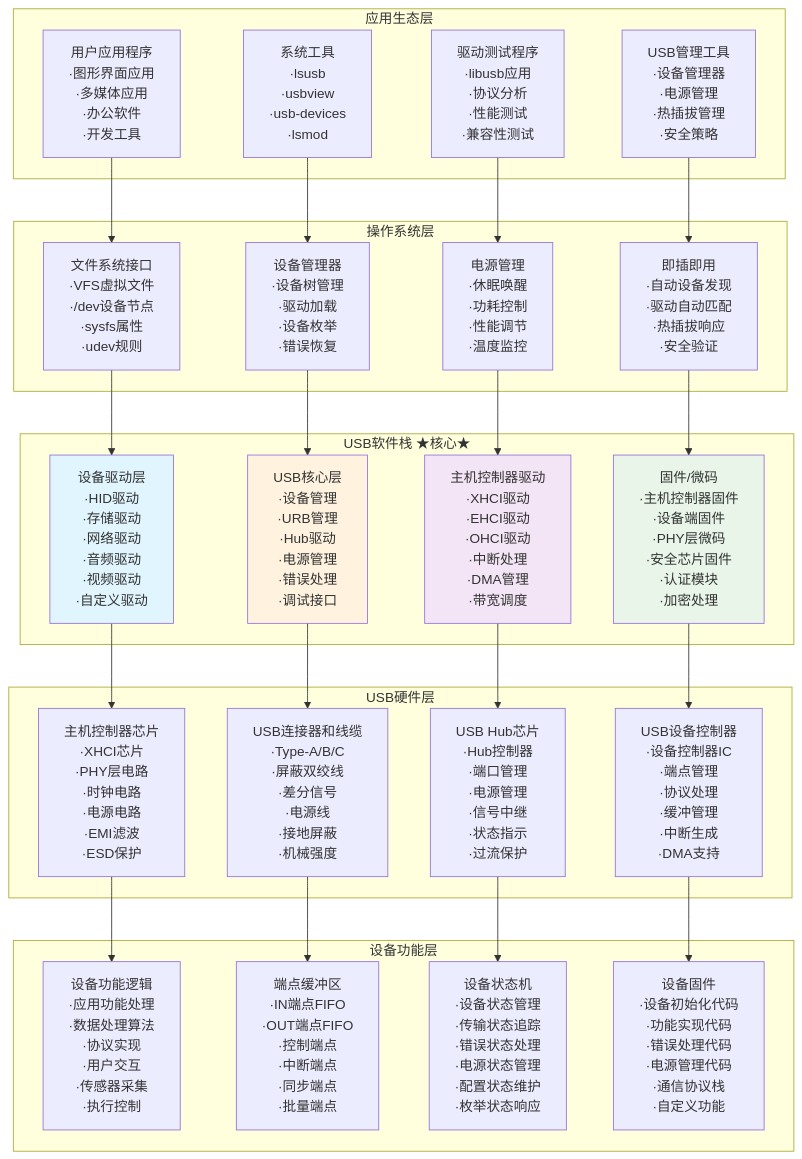
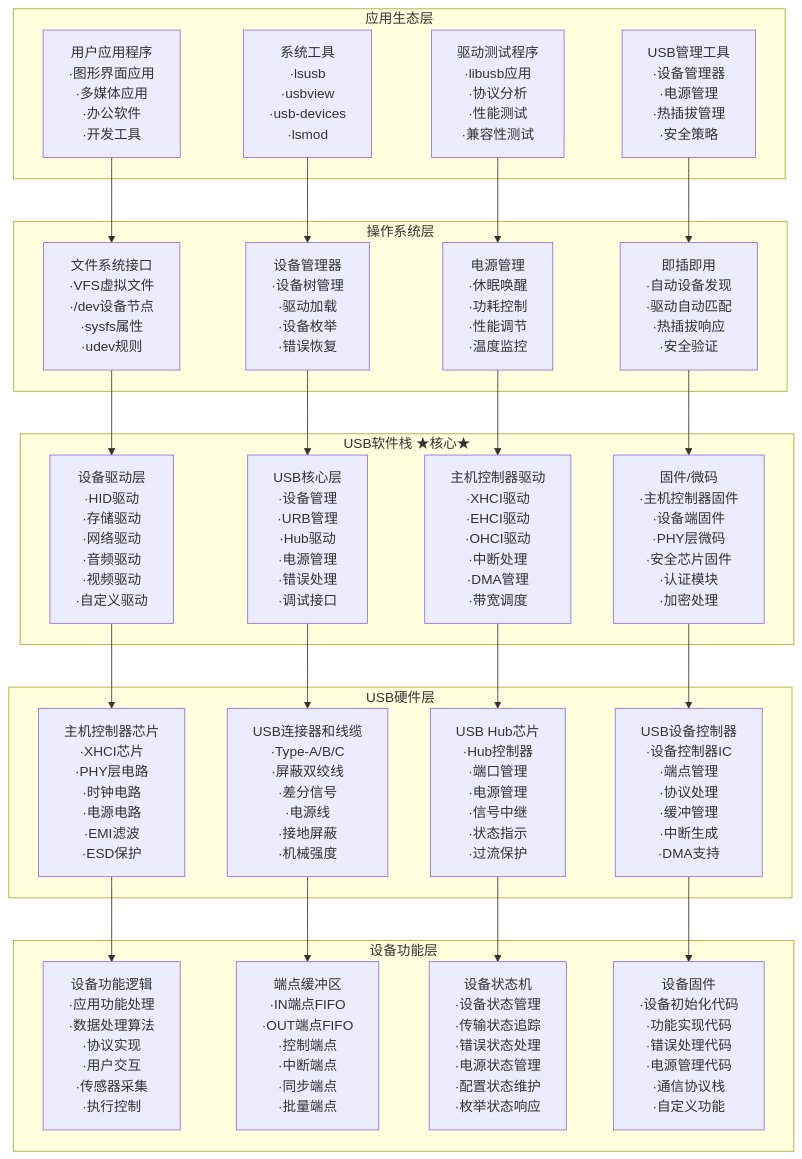
Before and after one commit to TbusOS/usb-learn: the first of 18 diagrams in 09-USB系统框架图解-可视化版.md, drawn with Mermaid. The commit also changed other lines of this file and 1 other file, not shown here.

````diff
--- a/09-USB系统框架图解-可视化版.md
+++ b/09-USB系统框架图解-可视化版.md
@@ -13,64 +13,60 @@
 ```mermaid
 graph TB
     subgraph "应用生态层"
         A1[用户应用程序<br/>·图形界面应用<br/>·多媒体应用<br/>·办公软件<br/>·开发工具]
         A2[系统工具<br/>·lsusb<br/>·usbview<br/>·usb-devices<br/>·lsmod]
         A3[驱动测试程序<br/>·libusb应用<br/>·协议分析<br/>·性能测试<br/>·兼容性测试]
         A4[USB管理工具<br/>·设备管理器<br/>·电源管理<br/>·热插拔管理<br/>·安全策略]
     end
     
     subgraph "操作系统层"
         B1[文件系统接口<br/>·VFS虚拟文件<br/>·/dev设备节点<br/>·sysfs属性<br/>·udev规则]
         B2[设备管理器<br/>·设备树管理<br/>·驱动加载<br/>·设备枚举<br/>·错误恢复]
         B3[电源管理<br/>·休眠唤醒<br/>·功耗控制<br/>·性能调节<br/>·温度监控]
         B4[即插即用<br/>·自动设备发现<br/>·驱动自动匹配<br/>·热插拔响应<br/>·安全验证]
     end
     
     subgraph "USB软件栈 ★核心★"
         C1[设备驱动层<br/>·HID驱动<br/>·存储驱动<br/>·网络驱动<br/>·音频驱动<br/>·视频驱动<br/>·自定义驱动]
         C2[USB核心层<br/>·设备管理<br/>·URB管理<br/>·Hub驱动<br/>·电源管理<br/>·错误处理<br/>·调试接口]
         C3[主机控制器驱动<br/>·XHCI驱动<br/>·EHCI驱动<br/>·OHCI驱动<br/>·中断处理<br/>·DMA管理<br/>·带宽调度]
         C4[固件/微码<br/>·主机控制器固件<br/>·设备端固件<br/>·PHY层微码<br/>·安全芯片固件<br/>·认证模块<br/>·加密处理]
     end
     
     subgraph "USB硬件层"
         D1[主机控制器芯片<br/>·XHCI芯片<br/>·PHY层电路<br/>·时钟电路<br/>·电源电路<br/>·EMI滤波<br/>·ESD保护]
         D2[USB连接器和线缆<br/>·Type-A/B/C<br/>·屏蔽双绞线<br/>·差分信号<br/>·电源线<br/>·接地屏蔽<br/>·机械强度]
         D3[USB Hub芯片<br/>·Hub控制器<br/>·端口管理<br/>·电源管理<br/>·信号中继<br/>·状态指示<br/>·过流保护]
         D4[USB设备控制器<br/>·设备控制器IC<br/>·端点管理<br/>·协议处理<br/>·缓冲管理<br/>·中断生成<br/>·DMA支持]
     end
     
     subgraph "设备功能层"
         E1[设备功能逻辑<br/>·应用功能处理<br/>·数据处理算法<br/>·协议实现<br/>·用户交互<br/>·传感器采集<br/>·执行控制]
         E2[端点缓冲区<br/>·IN端点FIFO<br/>·OUT端点FIFO<br/>·控制端点<br/>·中断端点<br/>·同步端点<br/>·批量端点]
         E3[设备状态机<br/>·设备状态管理<br/>·传输状态追踪<br/>·错误状态处理<br/>·电源状态管理<br/>·配置状态维护<br/>·枚举状态响应]
         E4[设备固件<br/>·设备初始化代码<br/>·功能实现代码<br/>·错误处理代码<br/>·电源管理代码<br/>·通信协议栈<br/>·自定义功能]
     end
     
     %% 连接关系
     A1 --> B1
     A2 --> B2
     A3 --> B3
     A4 --> B4
     
     B1 --> C1
     B2 --> C2
     B3 --> C3
     B4 --> C4
     
     C1 --> D1
     C2 --> D2
     C3 --> D3
     C4 --> D4
     
     D1 --> E1
     D2 --> E2
     D3 --> E3
     D4 --> E4
     
-    %% 样式设置
-    style C1 fill:#e1f5fe
-    style C2 fill:#fff3e0
-    style C3 fill:#f3e5f5
-    style C4 fill:#e8f5e8
+
 ```
````
